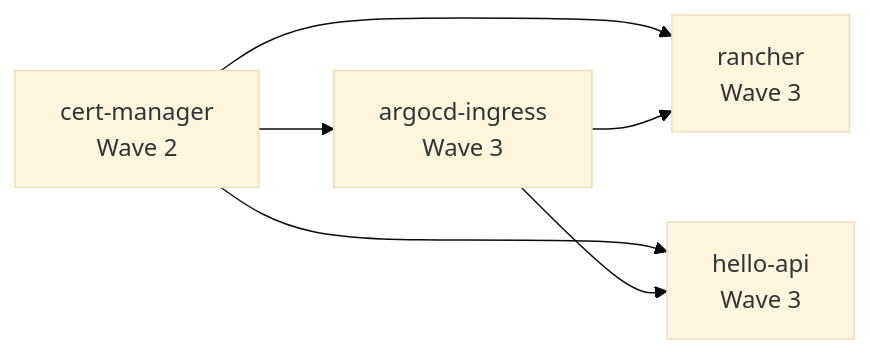
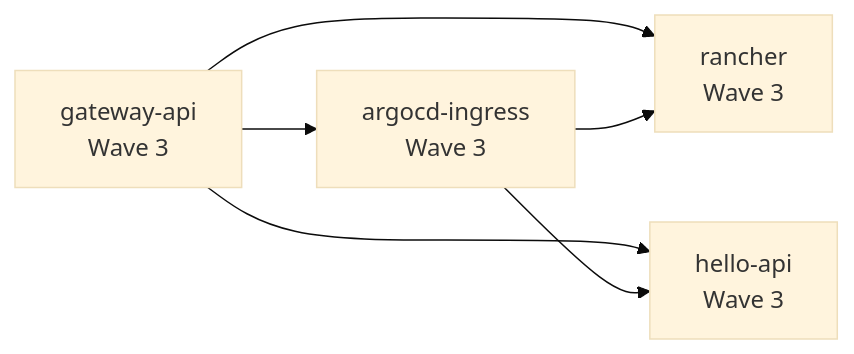
One commit to Hoangvu75/k8s_manifest changed the seventh of 7 diagrams in .qoder/repowiki/en/content/Project Management/Playground Projects.md. Above: the diagram before and after it, drawn with Mermaid (base theme). The commit also changed other lines of this file and 24 other files, not shown here.

````diff
--- a/.qoder/repowiki/en/content/Project Management/Playground Projects.md
+++ b/.qoder/repowiki/en/content/Project Management/Playground Projects.md
@@ -252,8 +280,8 @@
 ```mermaid
 graph LR
-CM["cert-manager<br/>Wave 2"] --> AI["argocd-ingress<br/>Wave 3"]
-CM --> R["rancher<br/>Wave 3"]
+GA["gateway-api<br/>Wave 3"] --> AI["argocd-ingress<br/>Wave 3"]
+GA --> R["rancher<br/>Wave 3"]
 AI --> R
-CM --> HA["hello-api<br/>Wave 3"]
+GA --> HA["hello-api<br/>Wave 3"]
 AI --> HA
 ```
````
